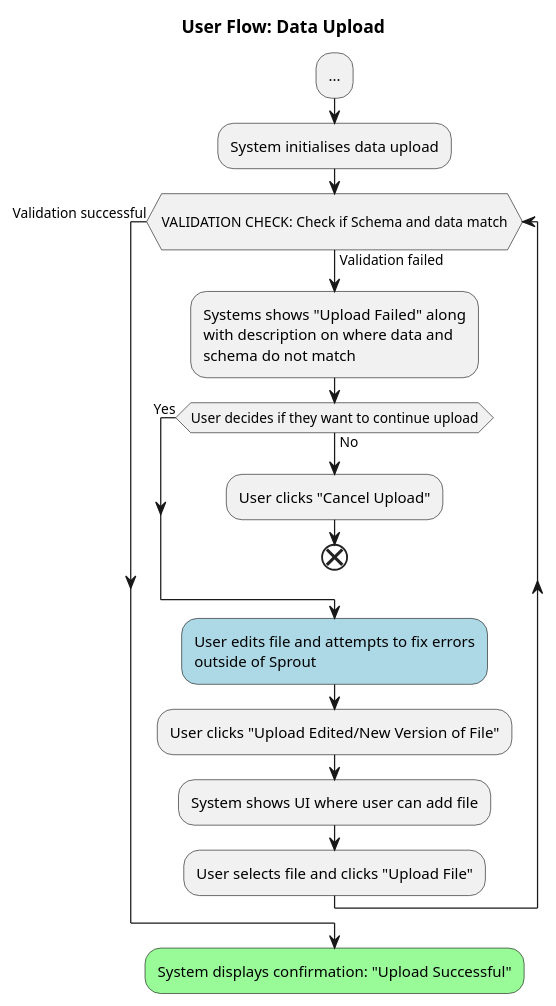
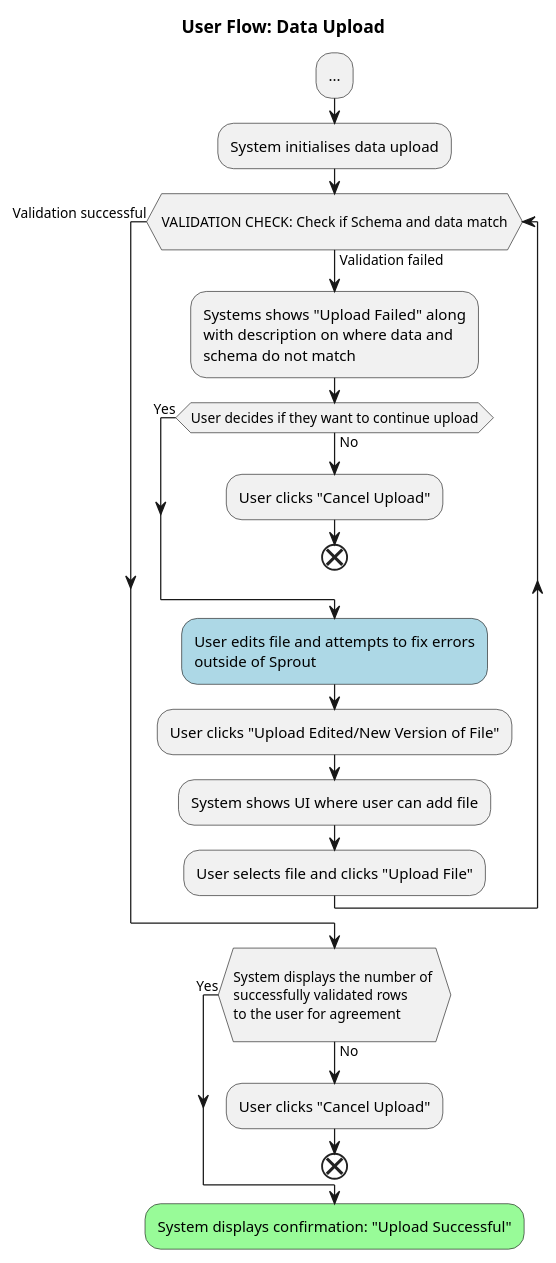
One commit to signekb/seedcase-sprout changed the diagram in docs/design/images/user-flow-data-upload.puml. Above: the diagram before and after it, drawn with PlantUML.

Commit message:
feat: add "system displays the number of validated rows to the user for agreement"
From review by @K-Beicher

```diff
--- a/docs/design/images/user-flow-data-upload.puml
+++ b/docs/design/images/user-flow-data-upload.puml
@@ -1,21 +1,25 @@
 @startuml user-flow-data-upload
 
 title User Flow: Data Upload
 
 :...;
 :System initialises data upload;
 while (\nVALIDATION CHECK: Check if Schema and data match\n) is (Validation failed)
 :Systems shows "Upload Failed" along\nwith description on where data and\nschema do not match;
     while (User decides if they want to continue upload) is (No)
         :User clicks "Cancel Upload";
         end
     end while (Yes);
     #LightBlue:User edits file and attempts to fix errors\noutside of Sprout;
     :User clicks "Upload Edited/New Version of File";
     :System shows UI where user can add file; 
     :User selects file and clicks "Upload File";
 
 end while (Validation successful);
+while (\nSystem displays the number of \nsuccessfully validated rows \nto the user for agreement\n) is (No)
+:User clicks "Cancel Upload";
+end
+end while (Yes);
 #palegreen:System displays confirmation: "Upload Successful";
 
 @enduml
```
